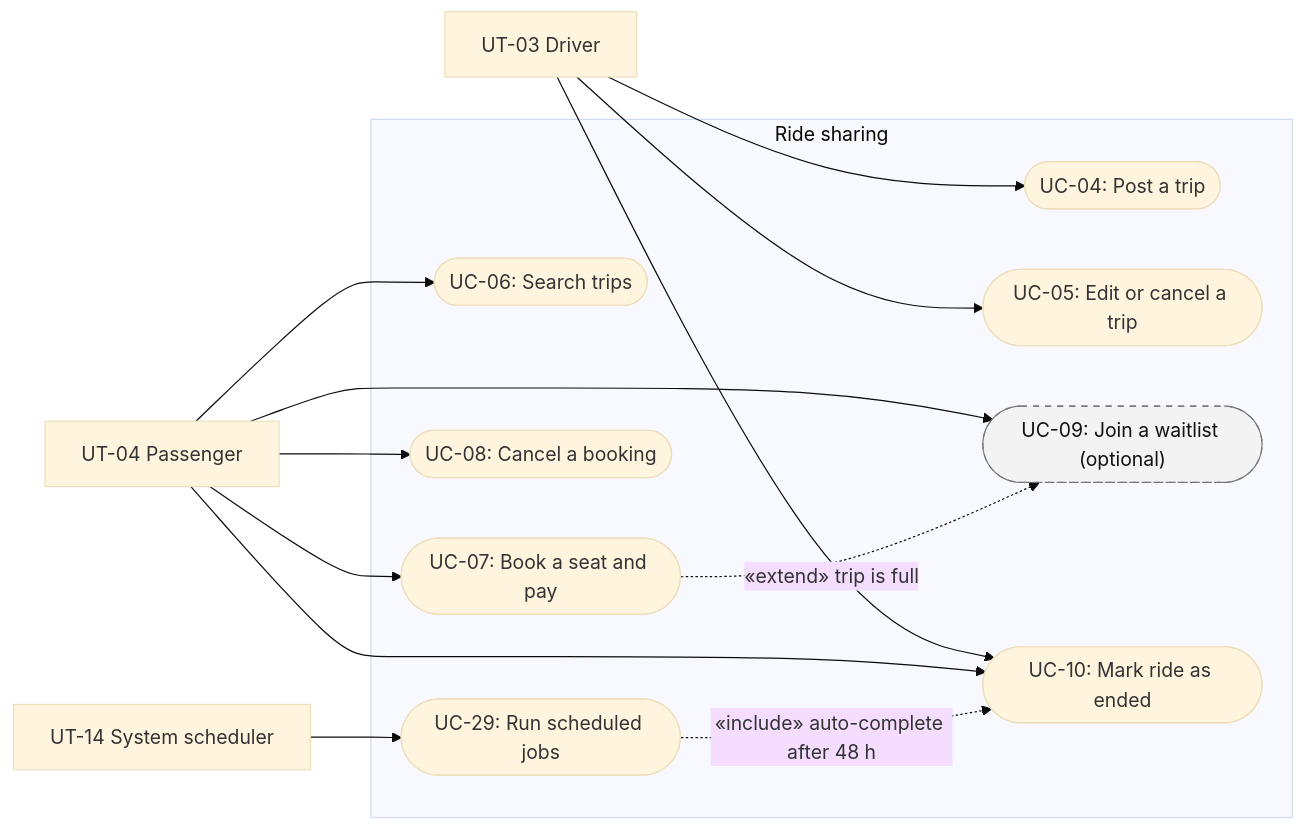
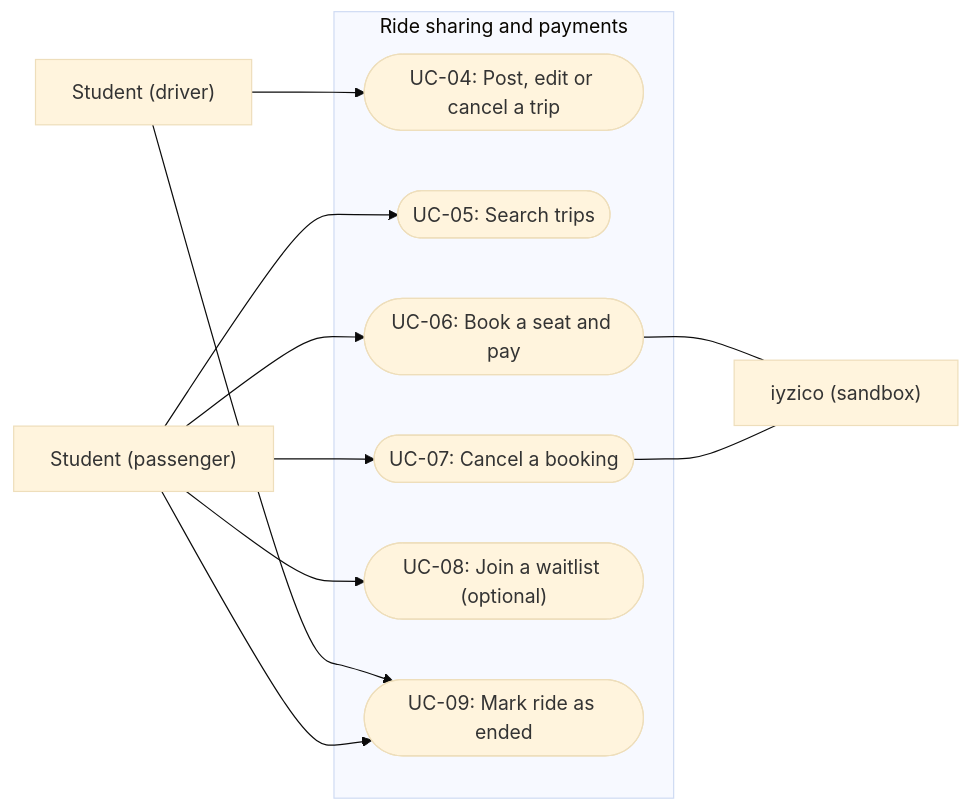
One commit to FuatKarakaya/ShareMaxxing changed the third of 7 diagrams in docs/RequirementsSpec.md. Above: the diagram before and after it, drawn with Mermaid (base theme). The commit also changed other lines of this file, not shown here.

Commit message:
docs: simplify requirements specification after team review

````diff
--- a/docs/RequirementsSpec.md
+++ b/docs/RequirementsSpec.md
@@ -599,31 +298,26 @@
 ```mermaid
 flowchart LR
-    Driver["UT-03 Driver"]
-    Passenger["UT-04 Passenger"]
-    Timer["UT-14 System scheduler"]
+    Driver["Student (driver)"]
+    Passenger["Student (passenger)"]
 
-    subgraph System["Ride sharing"]
-        UC04(["UC-04: Post a trip"])
-        UC05(["UC-05: Edit or cancel a trip"])
-        UC06(["UC-06: Search trips"])
-        UC07(["UC-07: Book a seat and pay"])
-        UC08(["UC-08: Cancel a booking"])
-        UC09(["UC-09: Join a waitlist (optional)"])
-        UC10(["UC-10: Mark ride as ended"])
-        UC29(["UC-29: Run scheduled jobs"])
+    subgraph System["Ride sharing and payments"]
+        UC04(["UC-04: Post, edit or cancel a trip"])
+        UC05(["UC-05: Search trips"])
+        UC06(["UC-06: Book a seat and pay"])
+        UC07(["UC-07: Cancel a booking"])
+        UC08(["UC-08: Join a waitlist (optional)"])
+        UC09(["UC-09: Mark ride as ended"])
     end
 
+    Iyzico["iyzico (sandbox)"]
+
     Driver --> UC04
-    Driver --> UC05
-    Driver --> UC10
+    Driver --> UC09
+    Passenger --> UC05
     Passenger --> UC06
     Passenger --> UC07
     Passenger --> UC08
     Passenger --> UC09
-    Passenger --> UC10
-    Timer --> UC29
-    UC07 -.->|«extend» trip is full| UC09
-    UC29 -.->|«include» auto-complete after 48 h| UC10
-    classDef optional fill:#f3f3f3,stroke:#777,stroke-dasharray:5 5,color:#111;
-    class UC09 optional;
+    UC06 --- Iyzico
+    UC07 --- Iyzico
 ```
````
